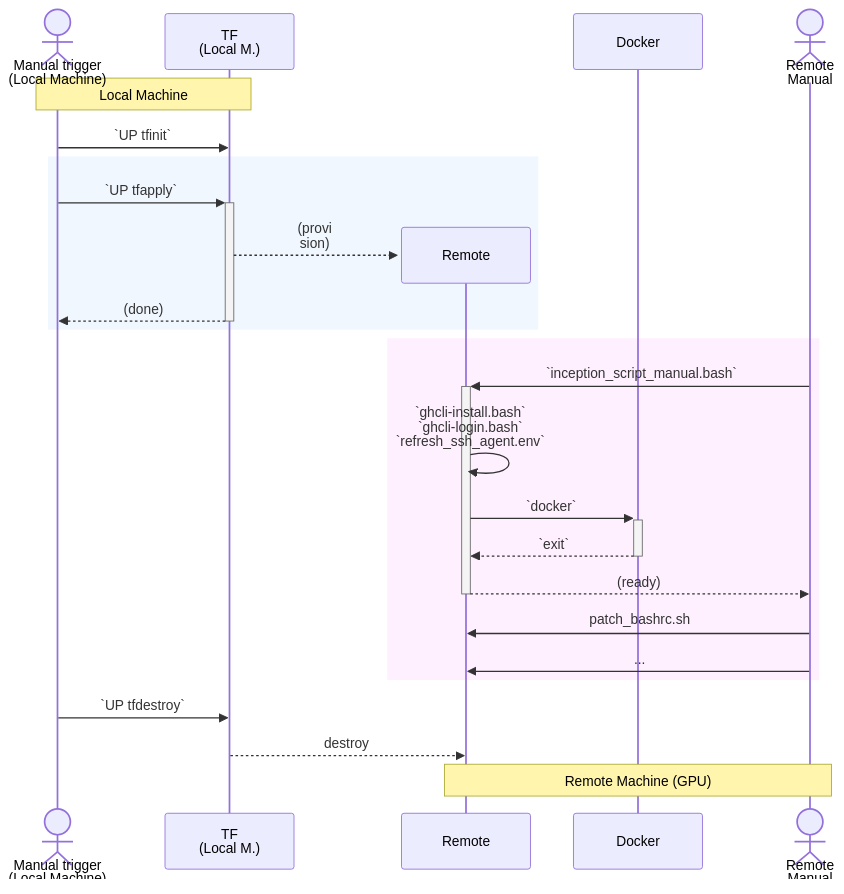
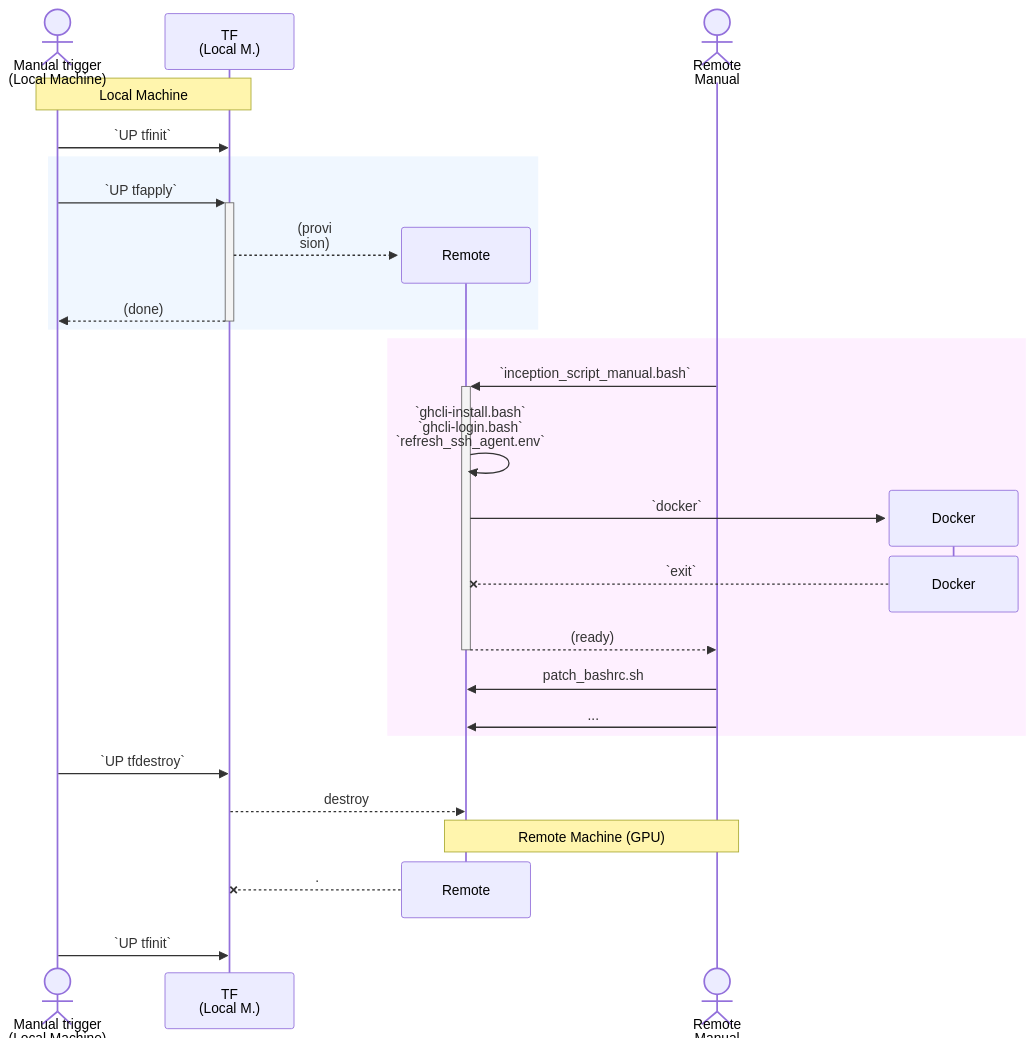
The diagram in provisioning_scripts/terraform/readme.md (sohale/gpu-experimentations), drawn with Mermaid before and after one commit. The commit also changed 1 other file, not shown here.

Commit message:
perfect the wonderful sequence diagram

````diff
--- a/provisioning_scripts/terraform/readme.md
+++ b/provisioning_scripts/terraform/readme.md
@@ -2,53 +2,59 @@
 ```mermaid
 sequenceDiagram
     actor localuser as Manual trigger<br/> (Local Machine)
     participant localtf as TF<br/>(Local M.)
 
     Note over localuser,localtf: Local Machine
 
     localuser->>localtf: `UP tfinit`
 
     rect rgb(240, 247, 255)
     localuser->>+localtf: `UP tfapply`
 
     create participant remotemachine as Remote
     %% remotemachine: remotemachine, during provisioning
     localtf-->>remotemachine: (provi<br/>sion)
     %% #(create)
     localtf-->>-localuser: (done)
 
     %% startup (remote)
     end
 
     rect rgb(254, 240, 255)
     %% "create" did not work
-    participant remotedocker as Docker
+    %% participant remotedocker as Docker
     %% participant remotestartup as Bash<br/>Session
     actor remotemanual as Remote<br/>Manual
 
     remotemanual->>+remotemachine: `inception_script_manual.bash`
 
     remotemachine->>remotemachine: `ghcli-install.bash`<br/>`ghcli-login.bash`<br/>`refresh_ssh_agent.env`
     %% remotemachine->>remotemachine: `ghcli-login.bash`
     %% remotemachine->>remotemachine: `refresh_ssh_agent.env`
 
-    remotemachine->>+remotedocker: `docker`
-    remotedocker-->>-remotemachine: `exit`
+    create participant remotedocker as Docker
+    remotemachine->>remotedocker: `docker`
+
+    destroy remotedocker
+    remotedocker--xremotemachine: `exit`
 
     remotemachine-->>-remotemanual: (ready)
 
     remotemanual->>remotemachine:patch_bashrc.sh
     remotemanual->>remotemachine:...
 
     end
 
     localuser->>localtf: `UP tfdestroy`
     localtf-->>remotemachine: destroy
 
     %% end
 
     Note over remotemachine,remotemanual: Remote Machine (GPU)
 
+    destroy remotemachine
+    remotemachine--xlocaltf: .
+    localuser->>localtf: `UP tfinit`
 
 
 ```
````
